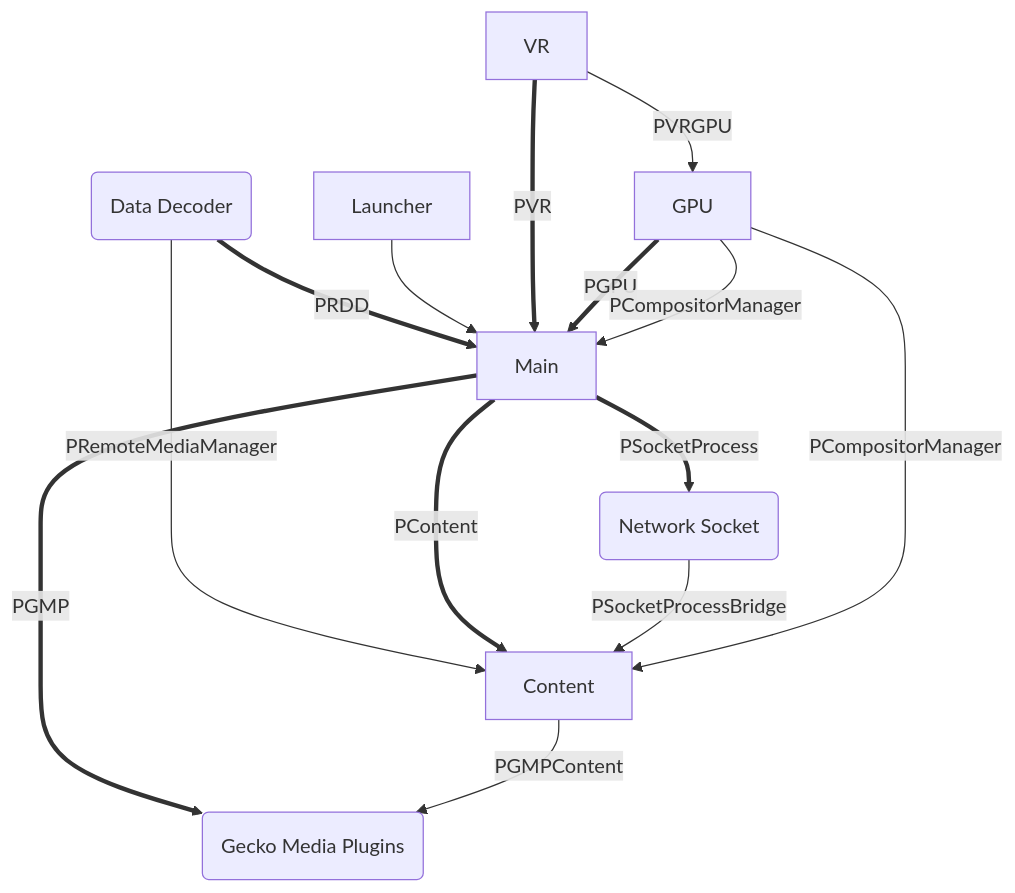
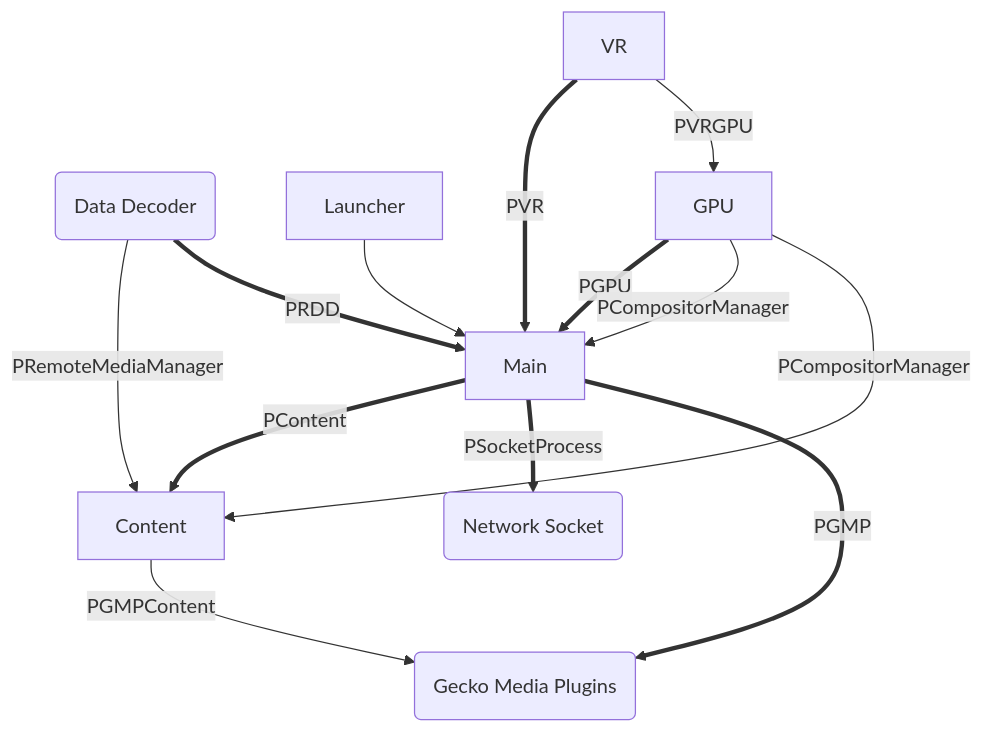
One commit to marco-c/gecko-dev-comments-removed changed the diagram in ipc/docs/processes.md. Above: the diagram before and after it, drawn with Mermaid. The commit also changed 44 other files, not shown here.

First line of the commit message:
Bug 2077172 - Remove the media transport IPC and the socket process bridge. r=webrtc-reviewers,necko-reviewers,ipc-reviewers,bwc,valentin

````diff
--- a/ipc/docs/processes.md
+++ b/ipc/docs/processes.md
@@ -73,22 +73,20 @@
 ```{mermaid}
 graph TD
     RDD -->|PRemoteMediaManager| Content
     RDD(Data Decoder) ==>|PRDD| Main
 
     Launcher --> Main
 
     Main ==>|PContent| Content
     Main ==>|PSocketProcess| Socket(Network Socket)
     Main ==>|PGMP| GMP(Gecko Media Plugins)
     VR ==>|PVR| Main
     GPU ==>|PGPU| Main
 
-    Socket -->|PSocketProcessBridge| Content
-
     GPU -->|PCompositorManager| Main
     GPU -->|PCompositorManager| Content
 
     Content -->|PGMPContent| GMP
 
     VR -->|PVRGPU| GPU
 ```
````
